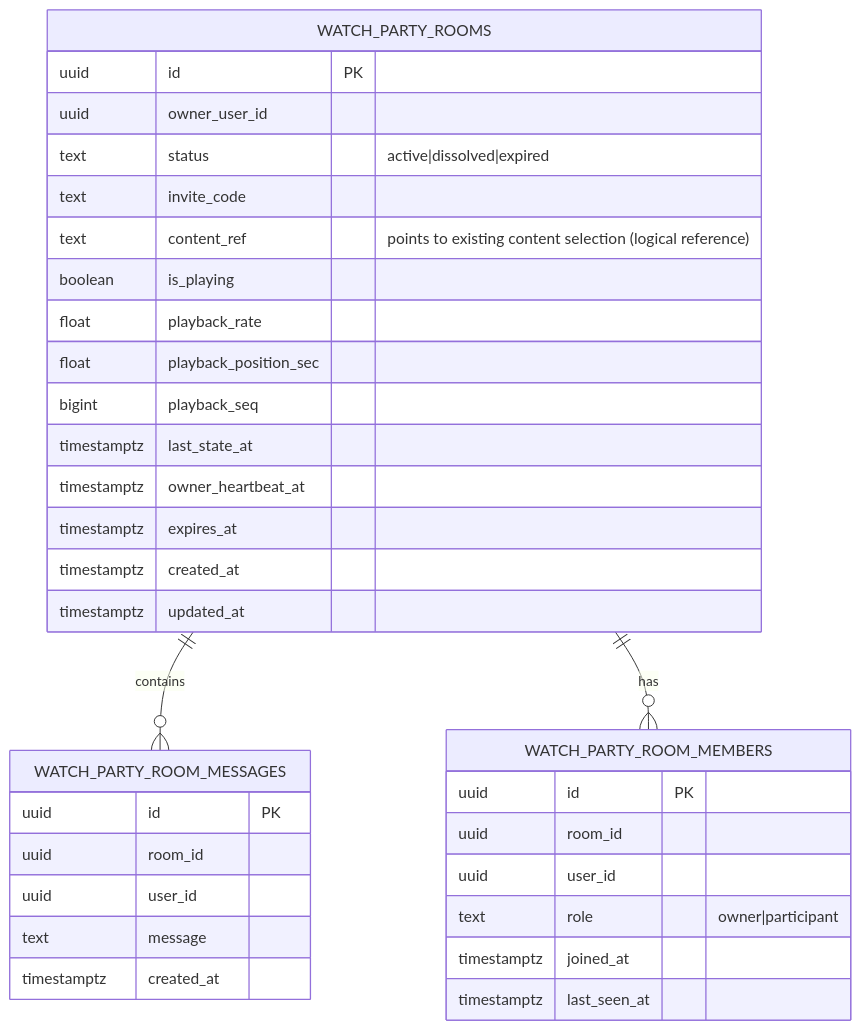
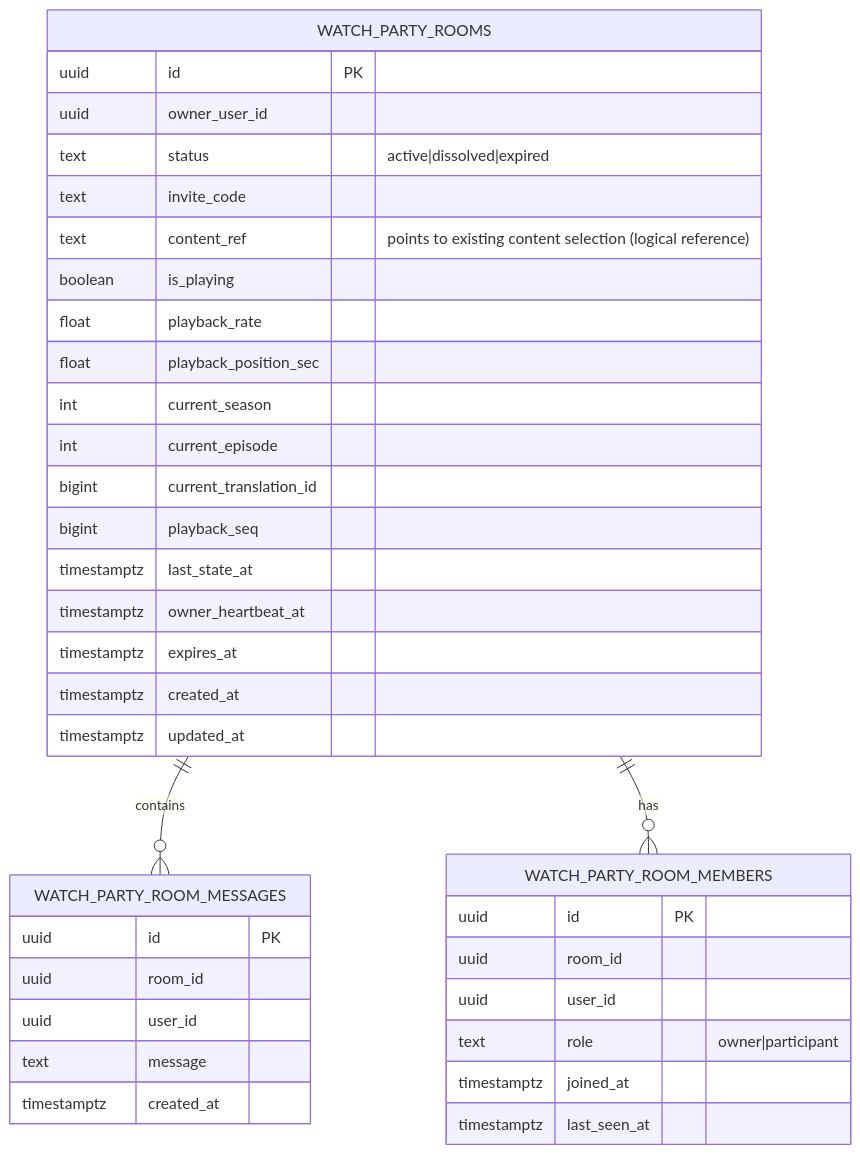
One commit to almeteru-dev/anime_site_party_watch changed the second of 2 diagrams in .trae/documents/watch-party-rooms-technical-architecture.md. Above: the diagram before and after it, drawn with Mermaid. The commit also changed other lines of this file and 40 other files, not shown here.

````diff
--- a/.trae/documents/watch-party-rooms-technical-architecture.md
+++ b/.trae/documents/watch-party-rooms-technical-architecture.md
@@ -39,39 +206,42 @@
 ```mermaid
 erDiagram
   WATCH_PARTY_ROOMS ||--o{ WATCH_PARTY_ROOM_MESSAGES : contains
   WATCH_PARTY_ROOMS ||--o{ WATCH_PARTY_ROOM_MEMBERS : has
 
   WATCH_PARTY_ROOMS {
     uuid id PK
     uuid owner_user_id
     text status "active|dissolved|expired"
     text invite_code
     text content_ref "points to existing content selection (logical reference)"
     boolean is_playing
     float playback_rate
     float playback_position_sec
+    int current_season
+    int current_episode
+    bigint current_translation_id
     bigint playback_seq
     timestamptz last_state_at
     timestamptz owner_heartbeat_at
     timestamptz expires_at
     timestamptz created_at
     timestamptz updated_at
   }
 
   WATCH_PARTY_ROOM_MEMBERS {
     uuid id PK
     uuid room_id
     uuid user_id
     text role "owner|participant"
     timestamptz joined_at
     timestamptz last_seen_at
   }
 
   WATCH_PARTY_ROOM_MESSAGES {
     uuid id PK
     uuid room_id
     uuid user_id
     text message
     timestamptz created_at
   }
 ```
````
